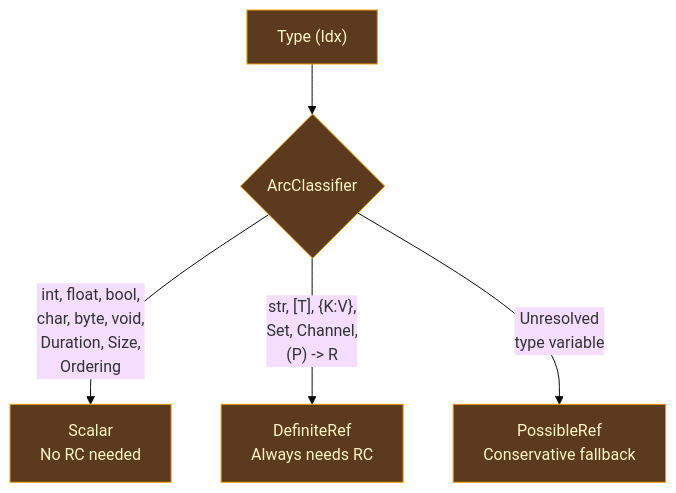
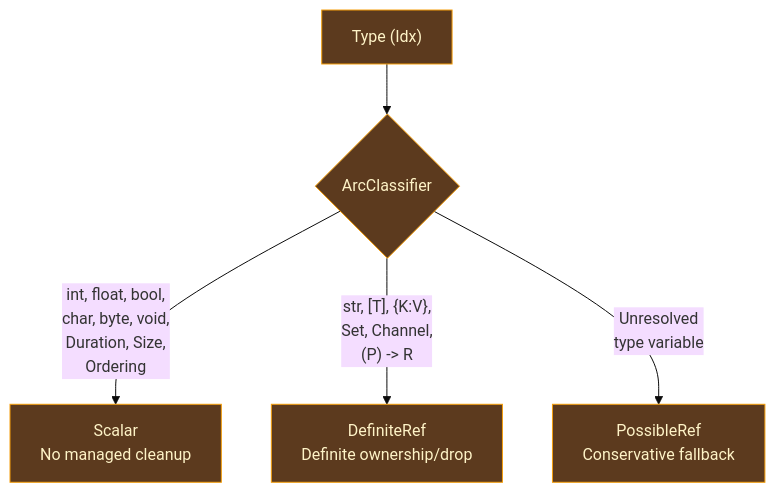
One commit to upstat-io/ori-lang changed the second of 2 diagrams in docs/compiler/design/09-aims/arc-ir.md. Above: the diagram before and after it, drawn with Mermaid (base theme). The commit also changed other lines of this file and 686 other files, not shown here.

````diff
--- a/docs/compiler/design/09-aims/arc-ir.md
+++ b/docs/compiler/design/09-aims/arc-ir.md
@@ -182,23 +198,23 @@
 ```mermaid
 flowchart TB
     Type["Type (Idx)"] --> Classify{"ArcClassifier"}
 
     Classify -->|"int, float, bool,
     char, byte, void,
     Duration, Size,
     Ordering"| Scalar["Scalar
-    No RC needed"]
+    No managed cleanup"]
 
     Classify -->|"str, [T], {K:V},
     Set, Channel,
     (P) -> R"| Definite["DefiniteRef
-    Always needs RC"]
+    Definite ownership/drop"]
 
     Classify -->|"Unresolved
     type variable"| Possible["PossibleRef
     Conservative fallback"]
 
     classDef native fill:#5c3a1e,stroke:#f59e0b,color:#fef3c7
 
     class Type,Classify,Scalar,Definite,Possible native
 ```
````
